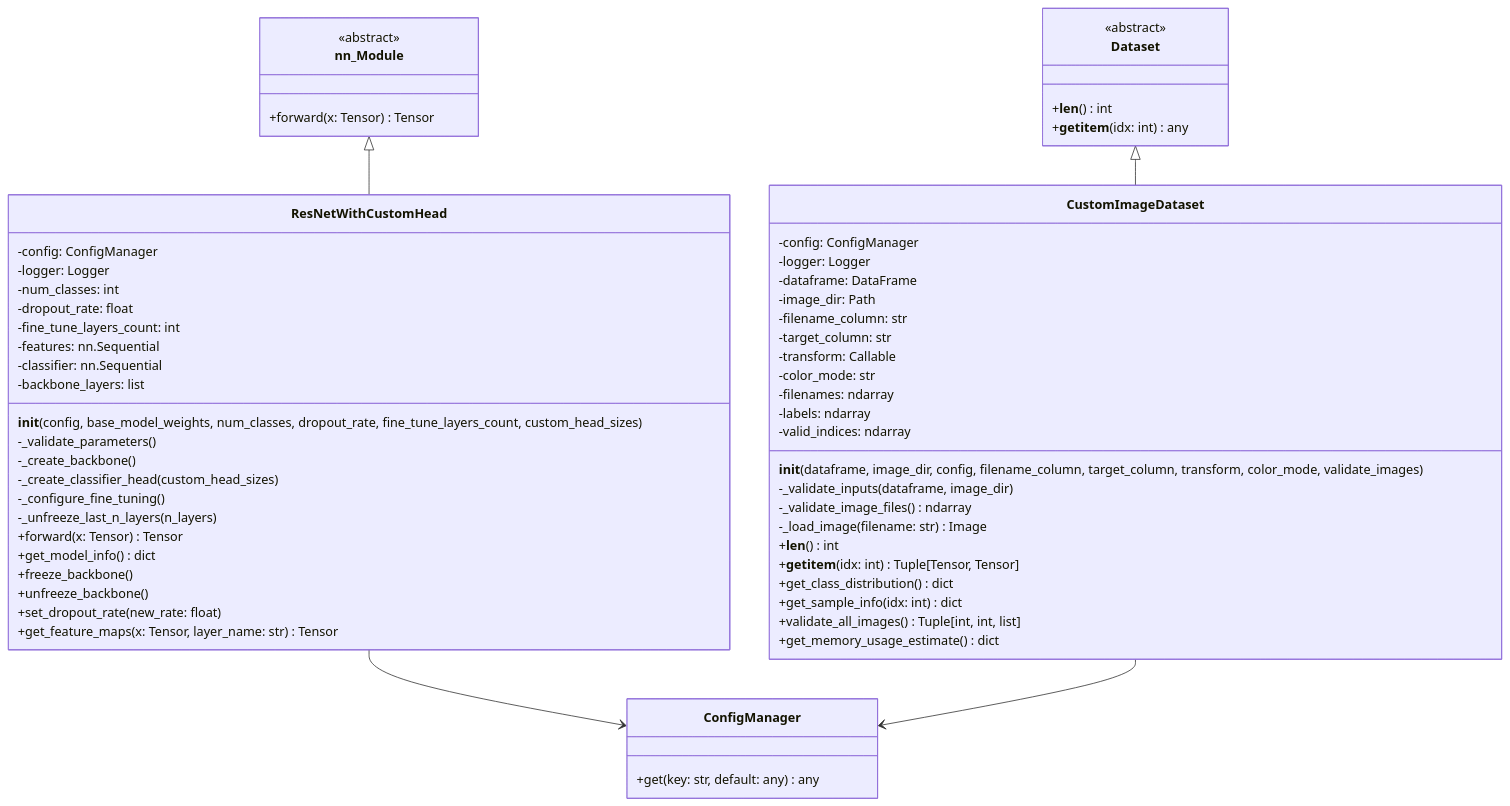
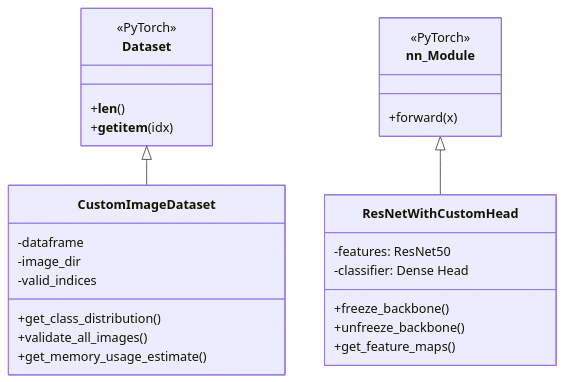
The second of 6 diagrams in federated_pneumonia_detection/src/entities/README.md (h19overflow/federated_learning), drawn with Mermaid before and after one commit. The commit also changed other lines of this file and 21 other files, not shown here.

````diff
--- a/federated_pneumonia_detection/src/entities/README.md
+++ b/federated_pneumonia_detection/src/entities/README.md
@@ -11,69 +25,33 @@
 ```mermaid
 classDiagram
-    class nn_Module {
-        <<abstract>>
-        +forward(x: Tensor) Tensor
+    class Dataset {
+        <<PyTorch>>
+        +__len__()
+        +__getitem__(idx)
     }
 
-    class Dataset {
-        <<abstract>>
-        +__len__() int
-        +__getitem__(idx: int) any
+    class nn_Module {
+        <<PyTorch>>
+        +forward(x)
     }
 
-    class ConfigManager {
-        +get(key: str, default: any) any
+    class CustomImageDataset {
+        -dataframe
+        -image_dir
+        -valid_indices
+        +get_class_distribution()
+        +validate_all_images()
+        +get_memory_usage_estimate()
     }
 
     class ResNetWithCustomHead {
-        -config: ConfigManager
-        -logger: Logger
-        -num_classes: int
-        -dropout_rate: float
-        -fine_tune_layers_count: int
-        -features: nn.Sequential
-        -classifier: nn.Sequential
-        -backbone_layers: list
-        __init__(config, base_model_weights, num_classes, dropout_rate, fine_tune_layers_count, custom_head_sizes)
-        -_validate_parameters()
-        -_create_backbone()
-        -_create_classifier_head(custom_head_sizes)
-        -_configure_fine_tuning()
-        -_unfreeze_last_n_layers(n_layers)
-        +forward(x: Tensor) Tensor
-        +get_model_info() dict
+        -features: ResNet50
+        -classifier: Dense Head
         +freeze_backbone()
         +unfreeze_backbone()
-        +set_dropout_rate(new_rate: float)
-        +get_feature_maps(x: Tensor, layer_name: str) Tensor
+        +get_feature_maps()
     }
 
-    class CustomImageDataset {
-        -config: ConfigManager
-        -logger: Logger
-        -dataframe: DataFrame
-        -image_dir: Path
-        -filename_column: str
-        -target_column: str
-        -transform: Callable
-        -color_mode: str
-        -filenames: ndarray
-        -labels: ndarray
-        -valid_indices: ndarray
-        __init__(dataframe, image_dir, config, filename_column, target_column, transform, color_mode, validate_images)
-        -_validate_inputs(dataframe, image_dir)
-        -_validate_image_files() ndarray
-        -_load_image(filename: str) Image
-        +__len__() int
-        +__getitem__(idx: int) Tuple[Tensor, Tensor]
-        +get_class_distribution() dict
-        +get_sample_info(idx: int) dict
-        +validate_all_images() Tuple[int, int, list]
-        +get_memory_usage_estimate() dict
-    }
-
+    Dataset <|-- CustomImageDataset
     nn_Module <|-- ResNetWithCustomHead
-    Dataset <|-- CustomImageDataset
-    ResNetWithCustomHead --> ConfigManager
-    CustomImageDataset --> ConfigManager
 ```
````
